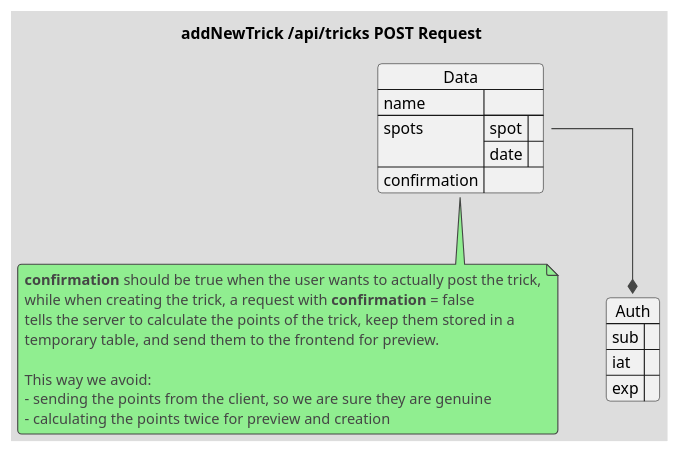
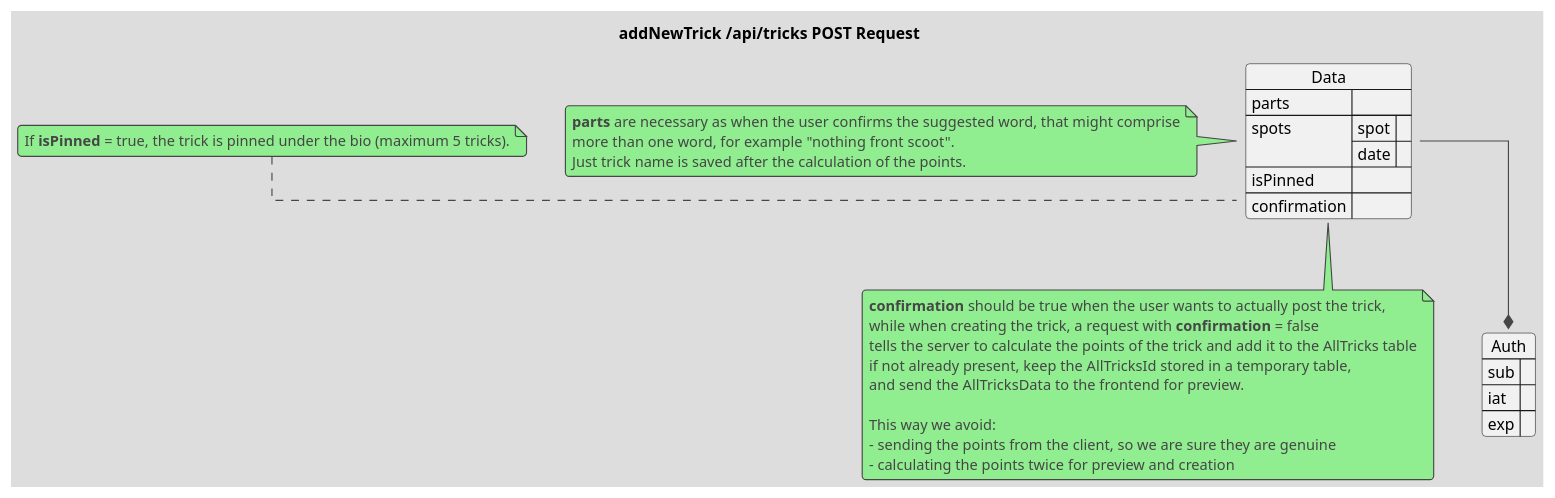
The first of 2 diagrams in api/src/Tricks/POST/addNewTrick.puml (crah-app/diagrams), drawn with PlantUML before and after one commit. The commit also changed other lines of this file and 2 other files, not shown here.

Commit message:
Updated Trick for UI and AllTricks table

```diff
--- a/api/src/Tricks/POST/addNewTrick.puml
+++ b/api/src/Tricks/POST/addNewTrick.puml
@@ -1,43 +1,55 @@
 @startuml addNewTrick-Request
 !theme toy
 skinparam linetype ortho
 title "addNewTrick /api/tricks POST Request"
 
 json Data {
-    "name": "",
+    "parts": [],
     "spots": [
         {
             "spot": "",
             "date": ""
         }
     ],
+    "isPinned": "",
     ' **confirmation** should be true when the user wants to actually post the trick,
     ' while when creating the trick, a request with **confirmation** = false 
     ' tells the server to calculate the points of the trick, keep them stored in a 
     ' temporary table, and send them to the frontend for preview.
     '
     ' This way we avoid:
     ' - sending the points from the client, so we are sure they are genuine
     ' - calculating the points twice for preview and creation
     "confirmation": ""
 }
 
+note left of Data
+    If **isPinned** = true, the trick is pinned under the bio (maximum 5 tricks).
+end note
+
+note left of Data 
+    **parts** are necessary as when the user confirms the suggested word, that might comprise
+    more than one word, for example "nothing front scoot".
+    Just trick name is saved after the calculation of the points.
+end note
+
 note bottom of Data
     **confirmation** should be true when the user wants to actually post the trick,
     while when creating the trick, a request with **confirmation** = false 
-    tells the server to calculate the points of the trick, keep them stored in a 
-    temporary table, and send them to the frontend for preview.
+    tells the server to calculate the points of the trick and add it to the AllTricks table
+    if not already present, keep the AllTricksId stored in a temporary table,
+    and send the AllTricksData to the frontend for preview.
     
     This way we avoid:
     - sending the points from the client, so we are sure they are genuine
     - calculating the points twice for preview and creation
 end note
 
 json Auth {
     "sub": "",
     "iat": "",
     "exp": ""
 }
 
 Data --* Auth
 @enduml
```
